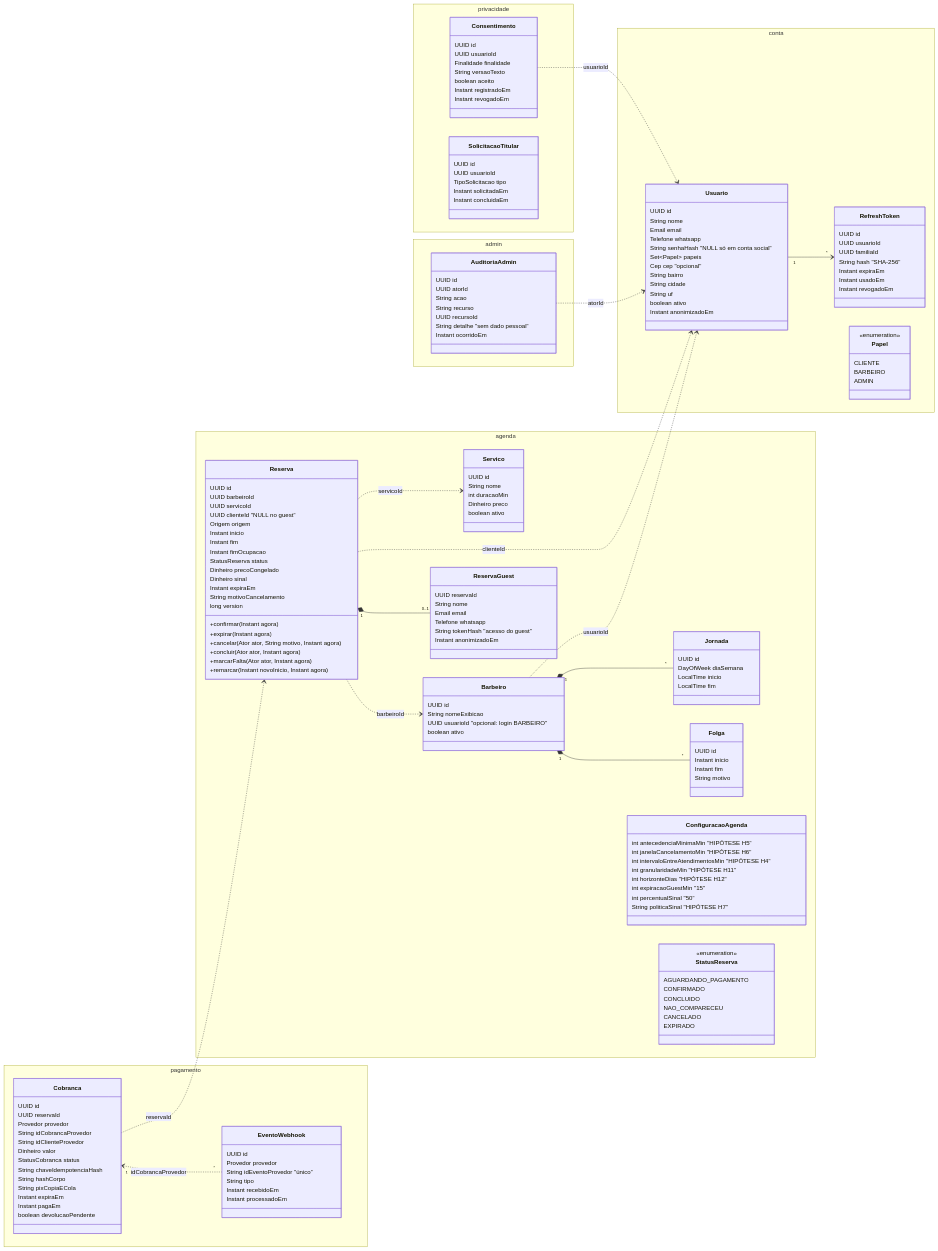
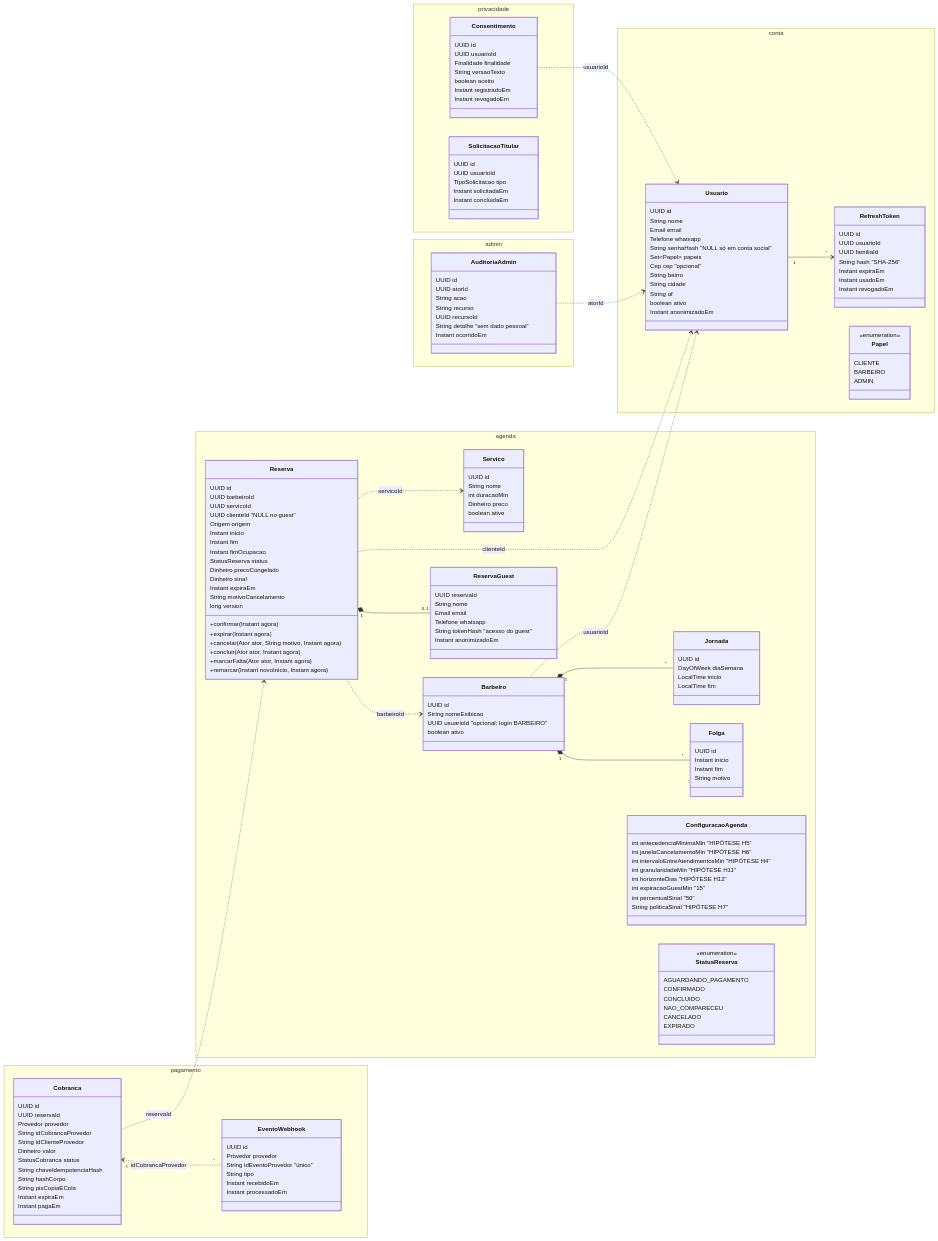
The first of 3 diagrams in docs/dominio/modelo-de-dominio.md (k3vinrich4rd/barbearia-altas-horas), drawn with Mermaid before and after one commit. The commit also changed other lines of this file and 6 other files, not shown here.

```diff
--- a/docs/dominio/modelo-de-dominio.md
+++ b/docs/dominio/modelo-de-dominio.md
@@ -141,7 +141,6 @@
             String pixCopiaECola
             Instant expiraEm
             Instant pagaEm
-            boolean devolucaoPendente
         }
         class EventoWebhook {
             UUID id
```
